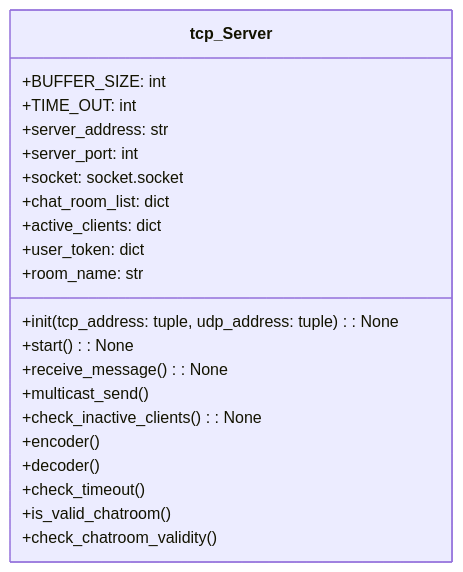
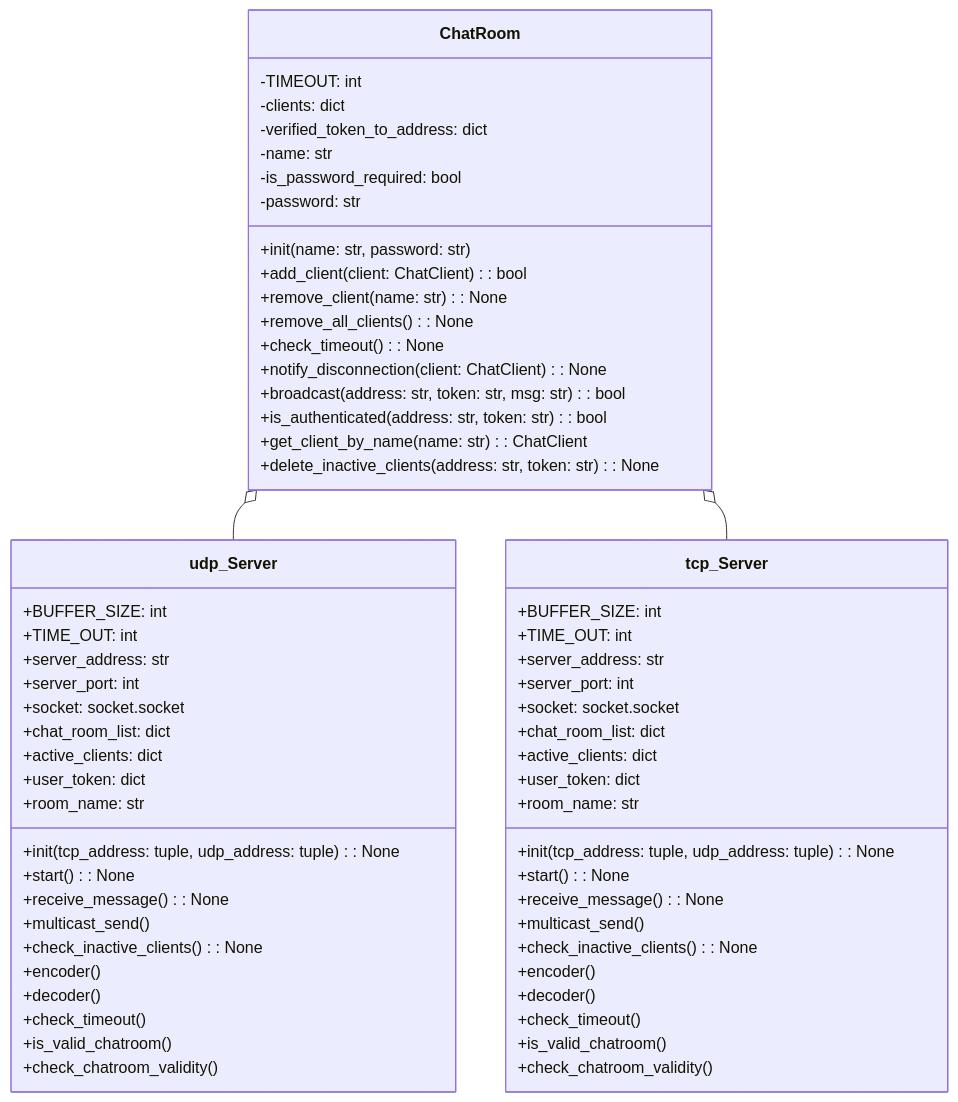
The second of 2 diagrams in README.md (teamdev-A-backend/online-chat-messenger), drawn with Mermaid before and after one commit. The commit also changed other lines of this file, not shown here.

Commit message:
Update クラス図

````diff
--- a/README.md
+++ b/README.md
@@ -37,27 +37,72 @@
 ```mermaid
 classDiagram
 class tcp_Server {
   +BUFFER_SIZE: int
   +TIME_OUT: int
   +server_address: str
   +server_port: int
   +socket: socket.socket
   +chat_room_list: dict
   +active_clients: dict
   +user_token: dict
   +room_name: str
 
   +init(tcp_address: tuple, udp_address: tuple): None
   +start(): None
   +receive_message(): None
   +multicast_send()
   +check_inactive_clients(): None
   +encoder()
   +decoder()
   +check_timeout()
   +is_valid_chatroom()
   +check_chatroom_validity()
+}
+
+class udp_Server {
+  +BUFFER_SIZE: int
+  +TIME_OUT: int
+  +server_address: str
+  +server_port: int
+  +socket: socket.socket
+  +chat_room_list: dict
+  +active_clients: dict
+  +user_token: dict
+  +room_name: str
+
+  +init(tcp_address: tuple, udp_address: tuple): None
+  +start(): None
+  +receive_message(): None
+  +multicast_send()
+  +check_inactive_clients(): None
+  +encoder()
+  +decoder()
+  +check_timeout()
+  +is_valid_chatroom()
+  +check_chatroom_validity()
 
 }
+class ChatRoom {
+  -TIMEOUT: int
+  -clients: dict
+  -verified_token_to_address: dict
+  -name: str
+  -is_password_required: bool
+  -password: str
+
+  +init(name: str, password: str)
+  +add_client(client: ChatClient): bool
+  +remove_client(name: str): None
+  +remove_all_clients(): None
+  +check_timeout(): None
+  +notify_disconnection(client: ChatClient): None
+  +broadcast(address: str, token: str, msg: str): bool
+  +is_authenticated(address: str, token: str): bool
+  +get_client_by_name(name: str): ChatClient
+  +delete_inactive_clients(address: str, token: str): None
+}
+
+ChatRoom o-- udp_Server
+ChatRoom o-- tcp_Server
 
 ```
````
